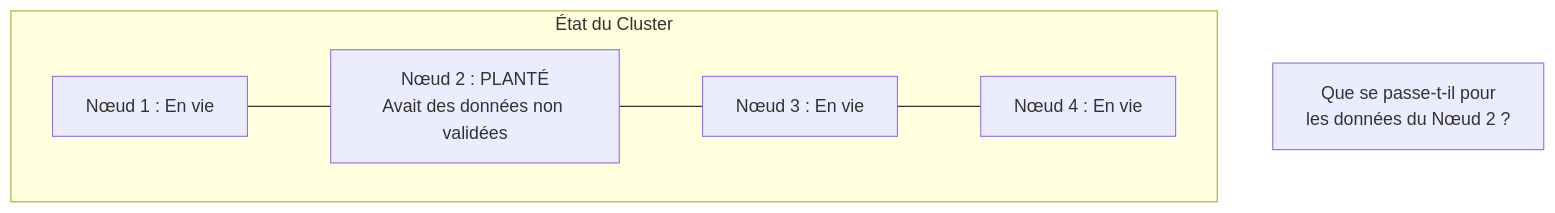
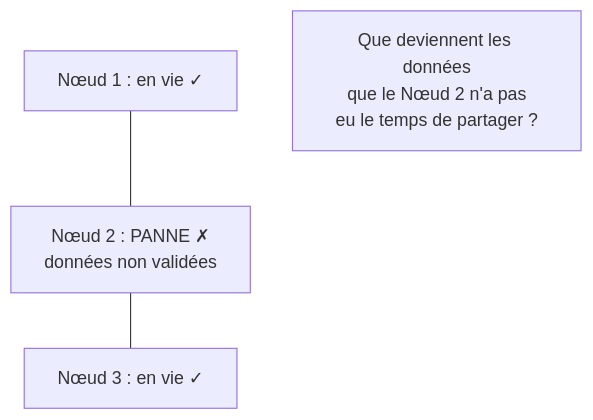
One commit to dardourimohamed/distributed-systems-course changed the fifth of 6 diagrams in src/consensus/11-what-is-consensus.md. Above: the diagram before and after it, drawn with Mermaid. The commit also changed other lines of this file and 48 other files, not shown here.

````diff
--- a/src/consensus/11-what-is-consensus.md
+++ b/src/consensus/11-what-is-consensus.md
@@ -170,15 +124,8 @@
 ```mermaid
 graph TB
-    subgraph "État du Cluster"
-        N1[Nœud 1 : En vie]
-        N2[Nœud 2 : PLANTÉ<br/>Avait des données non validées]
-        N3[Nœud 3 : En vie]
-        N4[Nœud 4 : En vie]
-
-        N1 --- N2
-        N2 --- N3
-        N3 --- N4
-    end
-
-    Q[Que se passe-t-il pour<br/>les données du Nœud 2 ?]
+    N1["Nœud 1 : en vie ✓"]
+    N2["Nœud 2 : PANNE ✗<br/>données non validées"]
+    N3["Nœud 3 : en vie ✓"]
+    N1 --- N2 --- N3
+    Q["Que deviennent les données<br/>que le Nœud 2 n'a pas<br/>eu le temps de partager ?"]
 ```
````
